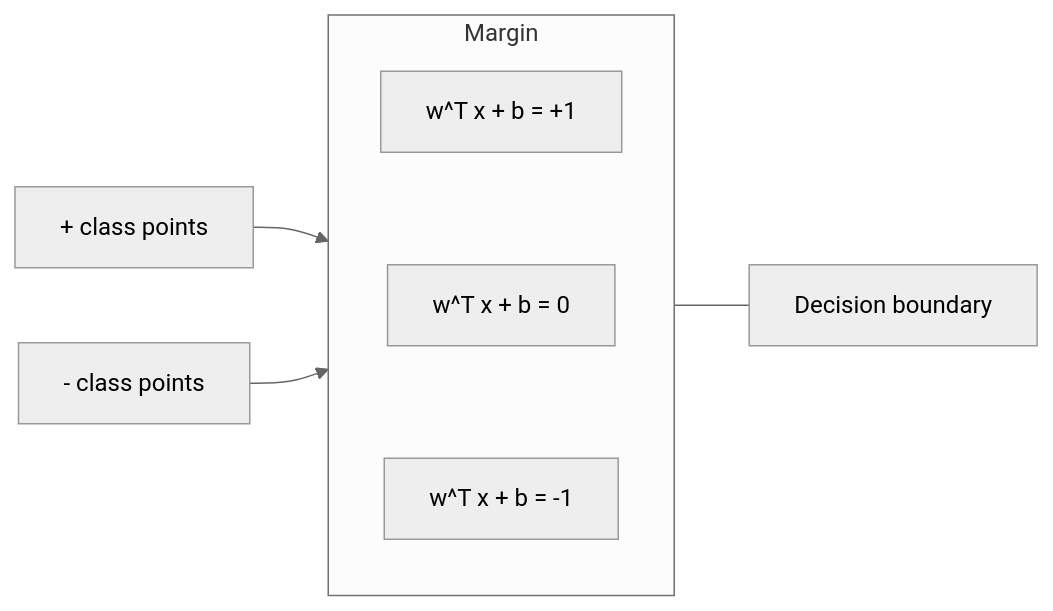
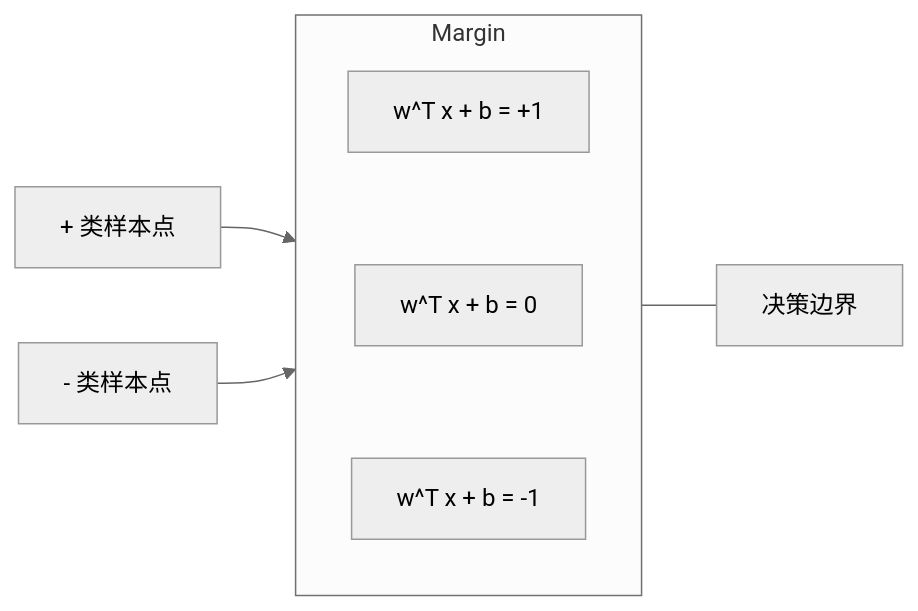
Before and after one commit to JerryC8080/ai-engineering-from-scratch-zh: the first of 3 diagrams in phases/02-ml-fundamentals/05-support-vector-machines/docs/zh.md, drawn with Mermaid (neutral theme). The commit also changed other lines of this file and 156 other files, not shown here.

First line of the commit message:
i18n(zh): translate mermaid diagram labels in 157 lesson zh.md

````diff
--- a/phases/02-ml-fundamentals/05-support-vector-machines/docs/zh.md
+++ b/phases/02-ml-fundamentals/05-support-vector-machines/docs/zh.md
@@ -43,10 +43,10 @@
 ```mermaid
 graph LR
     subgraph Margin
         direction TB
         A["w^T x + b = +1"] ~~~ B["w^T x + b = 0"] ~~~ C["w^T x + b = -1"]
     end
-    D["+ class points"] --> A
-    E["- class points"] --> C
-    B --- F["Decision boundary"]
+    D["+ 类样本点"] --> A
+    E["- 类样本点"] --> C
+    B --- F["决策边界"]
 ```
````
